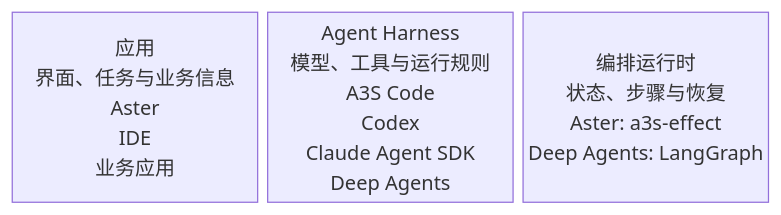
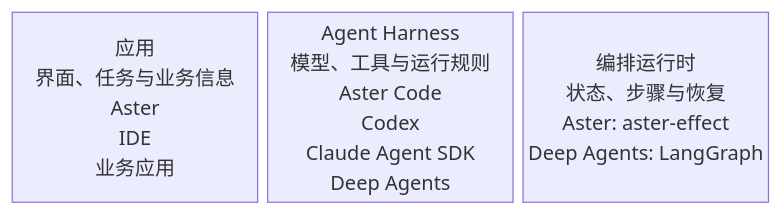
One commit to aster-ai-lab/aster changed the diagram in apps/web/content/docs/code/9.1.6/_diagrams/framework-layers.mmd. Above: the diagram before and after it, drawn with Mermaid. The commit also changed 16153 other files, not shown here.

```diff
--- a/apps/web/content/docs/code/9.1.6/_diagrams/framework-layers.mmd
+++ b/apps/web/content/docs/code/9.1.6/_diagrams/framework-layers.mmd
@@ -1,5 +1,5 @@
 block-beta
   columns 3
   app["应用<br/>界面、任务与业务信息<br/>Aster<br/>IDE<br/>业务应用"]
-  harness["Agent Harness<br/>模型、工具与运行规则<br/>A3S Code<br/>Codex<br/>Claude Agent SDK<br/>Deep Agents"]
-  orchestration["编排运行时<br/>状态、步骤与恢复<br/>Aster: a3s-effect<br/>Deep Agents: LangGraph"]
+  harness["Agent Harness<br/>模型、工具与运行规则<br/>Aster Code<br/>Codex<br/>Claude Agent SDK<br/>Deep Agents"]
+  orchestration["编排运行时<br/>状态、步骤与恢复<br/>Aster: aster-effect<br/>Deep Agents: LangGraph"]
```
